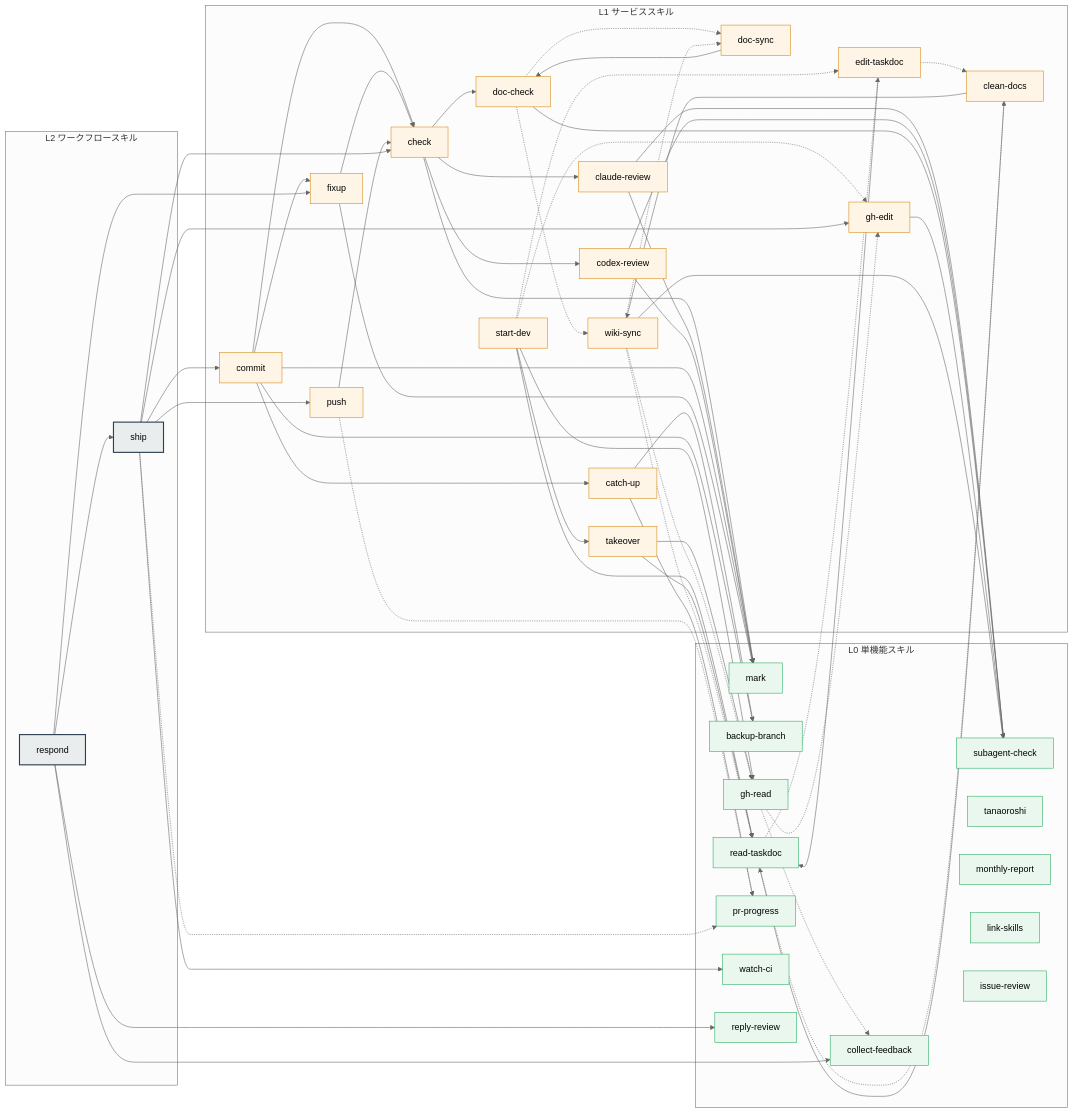
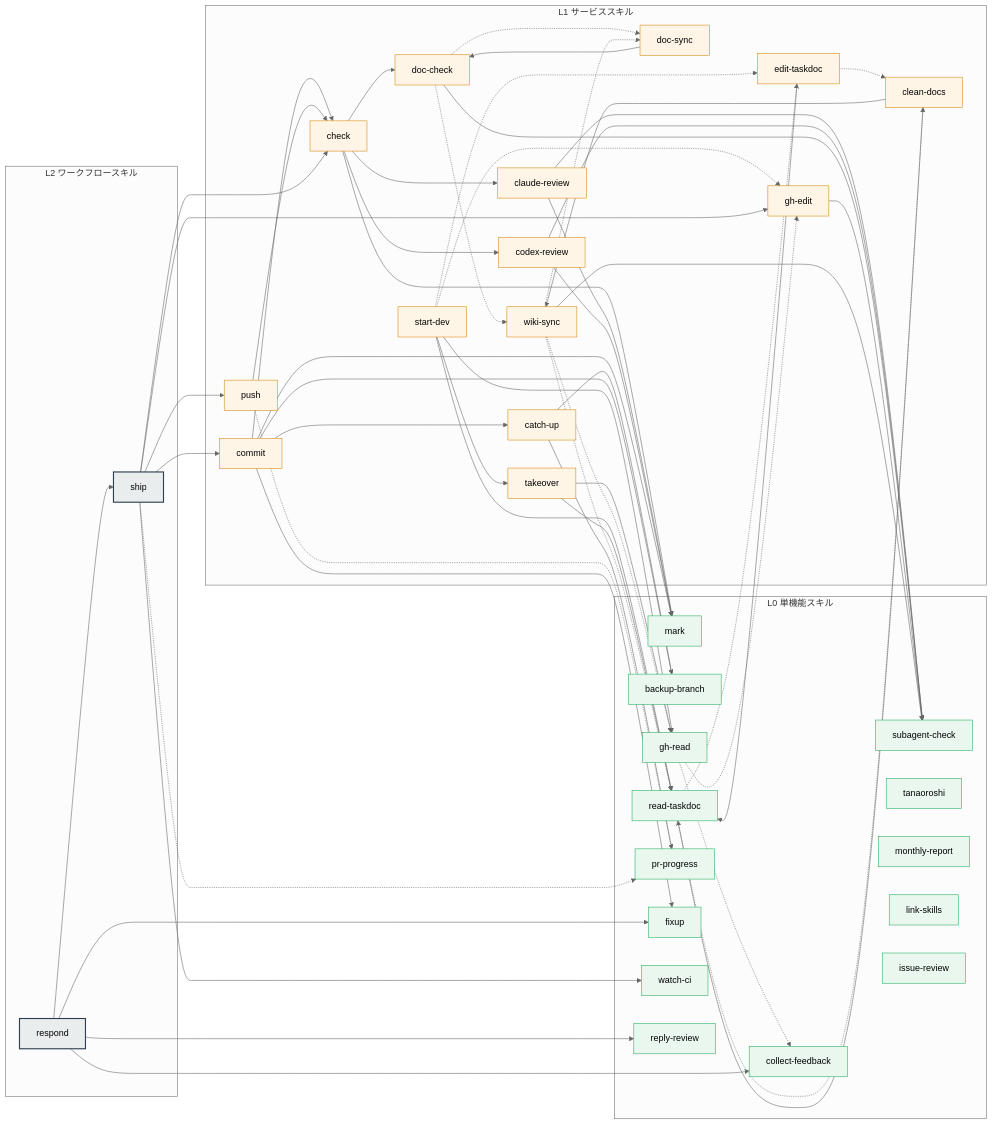
The second of 2 diagrams in README.md (mistbind3u88/bonsai), drawn with Mermaid (neutral theme) before and after one commit. The commit also changed 3 other files, not shown here.

```diff
--- a/README.md
+++ b/README.md
@@ -95,7 +95,6 @@
         commit:::l1
         push:::l1
         catch-up:::l1
-        fixup:::l1
         doc-check:::l1
         doc-sync:::l1
         gh-edit:::l1
@@ -115,6 +114,7 @@
         gh-read:::l0
         read-taskdoc:::l0
         pr-progress:::l0
+        fixup:::l0
         tanaoroshi:::l0
         monthly-report:::l0
         link-skills:::l0
@@ -144,8 +144,6 @@
     doc-check --> subagent-check
     doc-sync --> doc-check
     edit-taskdoc --> read-taskdoc
-    fixup --> check
-    fixup --> mark
     gh-edit --> subagent-check
     push --> check
     start-dev --> takeover
```
